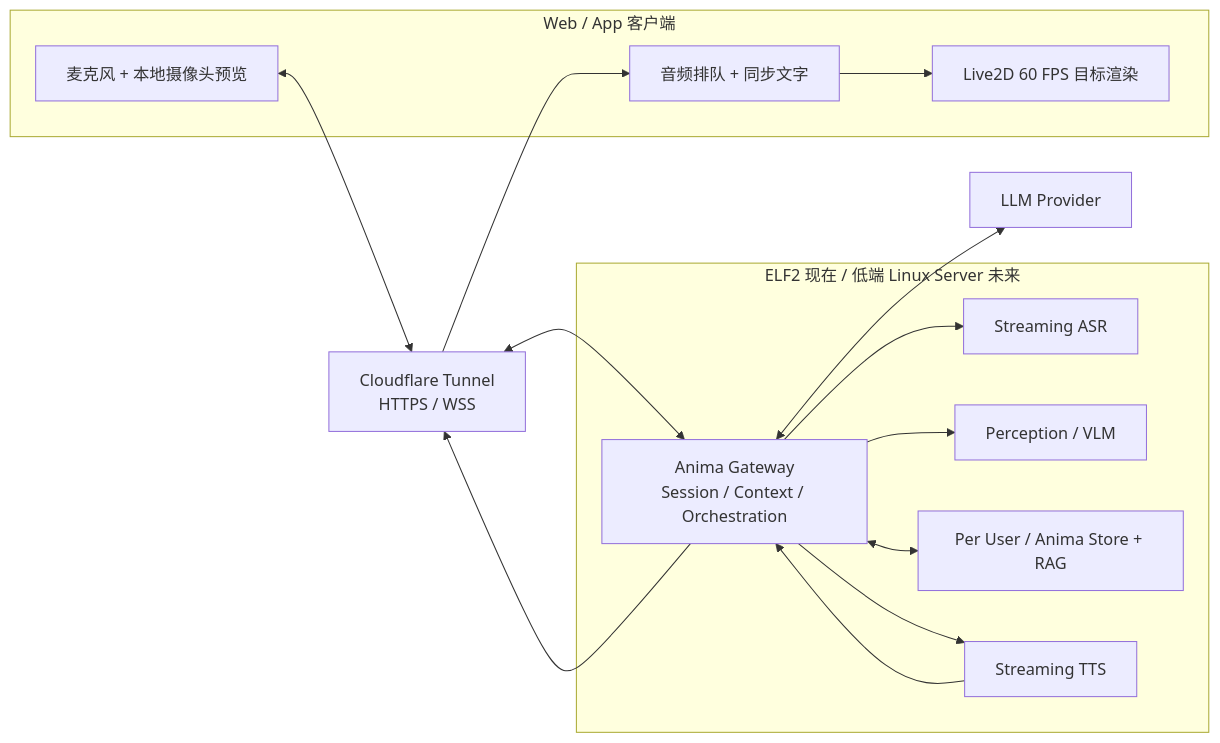
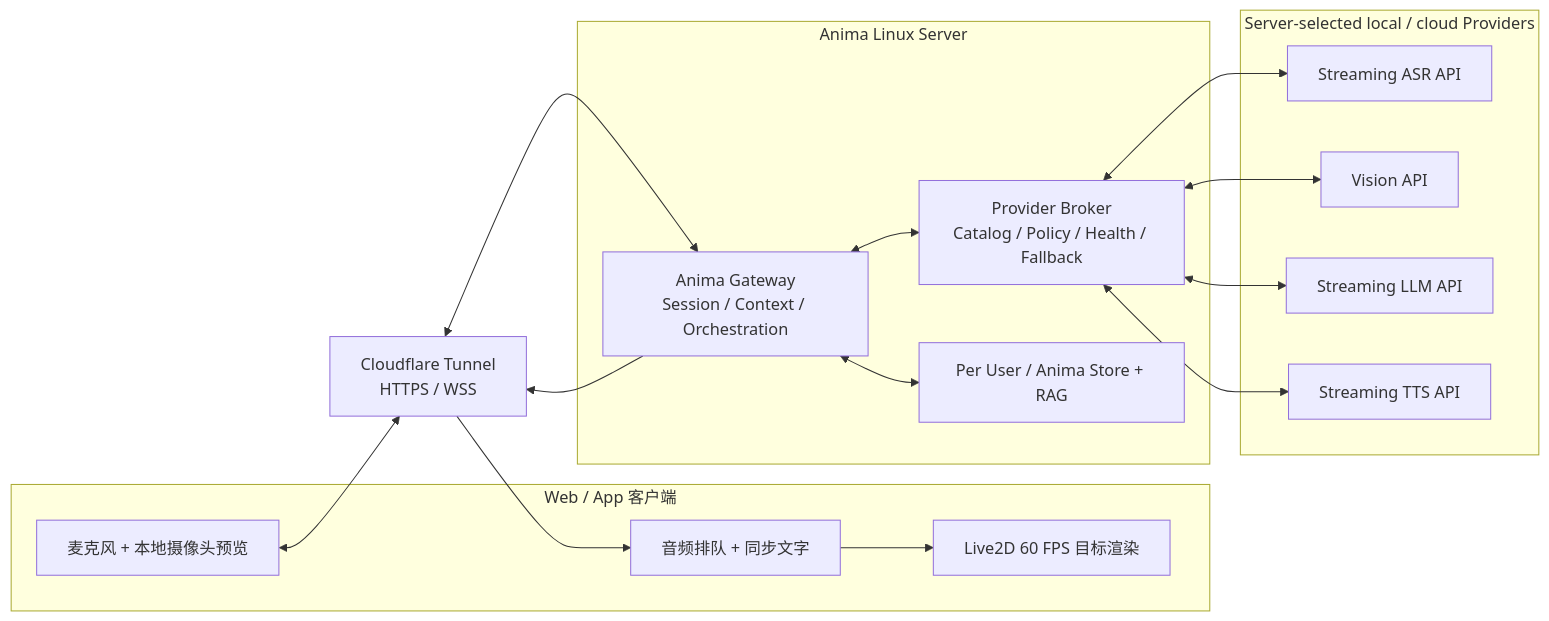
The diagram in new_code/docs/architecture.md (rayL-K/Viusual_Companion_Robot), drawn with Mermaid before and after one commit. The commit also changed other lines of this file and 12 other files, not shown here.

Commit message:
docs(deploy): make Linux server the API-first target

````diff
--- a/new_code/docs/architecture.md
+++ b/new_code/docs/architecture.md
@@ -16,28 +16,32 @@
 ```mermaid
 flowchart LR
   subgraph Client["Web / App 客户端"]
     Media["麦克风 + 本地摄像头预览"]
     Live2D["Live2D 60 FPS 目标渲染"]
     Playback["音频排队 + 同步文字"]
   end
 
   Edge["Cloudflare Tunnel\nHTTPS / WSS"]
 
-  subgraph Host["ELF2 现在 / 低端 Linux Server 未来"]
+  subgraph Host["Anima Linux Server"]
     Gateway["Anima Gateway\nSession / Context / Orchestration"]
-    ASR["Streaming ASR"]
-    Vision["Perception / VLM"]
+    Broker["Provider Broker\nCatalog / Policy / Health / Fallback"]
     Memory["Per User / Anima Store + RAG"]
-    TTS["Streaming TTS"]
   end
 
-  LLM["LLM Provider"]
+  subgraph Providers["Server-selected local / cloud Providers"]
+    ASR["Streaming ASR API"]
+    Vision["Vision API"]
+    LLM["Streaming LLM API"]
+    TTS["Streaming TTS API"]
+  end
 
   Media <--> Edge <--> Gateway
-  Gateway --> ASR
-  Gateway --> Vision
   Gateway <--> Memory
-  Gateway <--> LLM
-  Gateway --> TTS --> Gateway
+  Gateway <--> Broker
+  Broker <--> ASR
+  Broker <--> Vision
+  Broker <--> LLM
+  Broker <--> TTS
   Gateway --> Edge --> Playback --> Live2D
 ```
````
